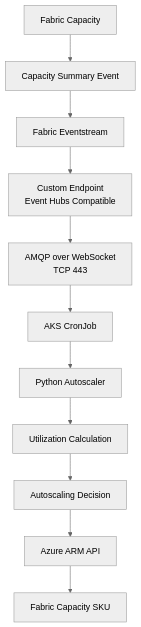
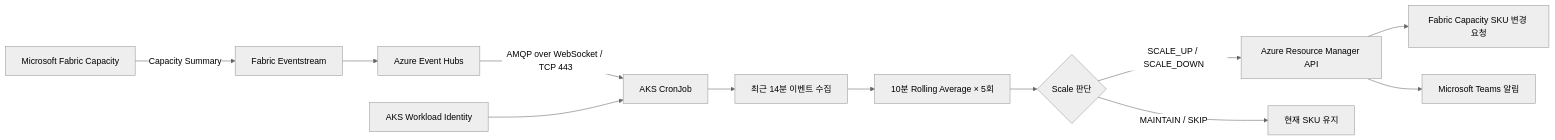
The first of 5 diagrams in Fabric Eventhub Dynamic Autoscale/README.ko.md (min-ser/fabric-capacity-autoscaling-patterns), drawn with Mermaid (neutral theme) before and after one commit. The commit also changed other lines of this file, not shown here.

First line of the commit message:
feat: refactor Fabric Capacity Dynamic Autoscaler into configurable policy controller

````diff
--- a/Fabric Eventhub Dynamic Autoscale/README.ko.md
+++ b/Fabric Eventhub Dynamic Autoscale/README.ko.md
@@ -170,16 +20,14 @@
 ```mermaid
-flowchart TD
-    A["Fabric Capacity"]
-    B["Capacity Summary Event"]
-    C["Fabric Eventstream"]
-    D["Custom Endpoint<br/>Event Hubs Compatible"]
-    E["AMQP over WebSocket<br/>TCP 443"]
-    F["AKS CronJob"]
-    G["Python Autoscaler"]
-    H["Utilization Calculation"]
-    I["Autoscaling Decision"]
-    J["Azure ARM API"]
-    K["Fabric Capacity SKU"]
-
-    A --> B --> C --> D --> E --> F --> G --> H --> I --> J --> K
+flowchart LR
+    A[Microsoft Fabric Capacity] -->|Capacity Summary| B[Fabric Eventstream]
+    B --> C[Azure Event Hubs]
+    C -->|AMQP over WebSocket / TCP 443| D[AKS CronJob]
+    I[AKS Workload Identity] --> D
+    D --> E[최근 14분 이벤트 수집]
+    E --> F[10분 Rolling Average × 5회]
+    F --> G{Scale 판단}
+    G -->|SCALE_UP / SCALE_DOWN| H[Azure Resource Manager API]
+    H --> J[Fabric Capacity SKU 변경 요청]
+    G -->|MAINTAIN / SKIP| K[현재 SKU 유지]
+    H --> L[Microsoft Teams 알림]
 ```
````
